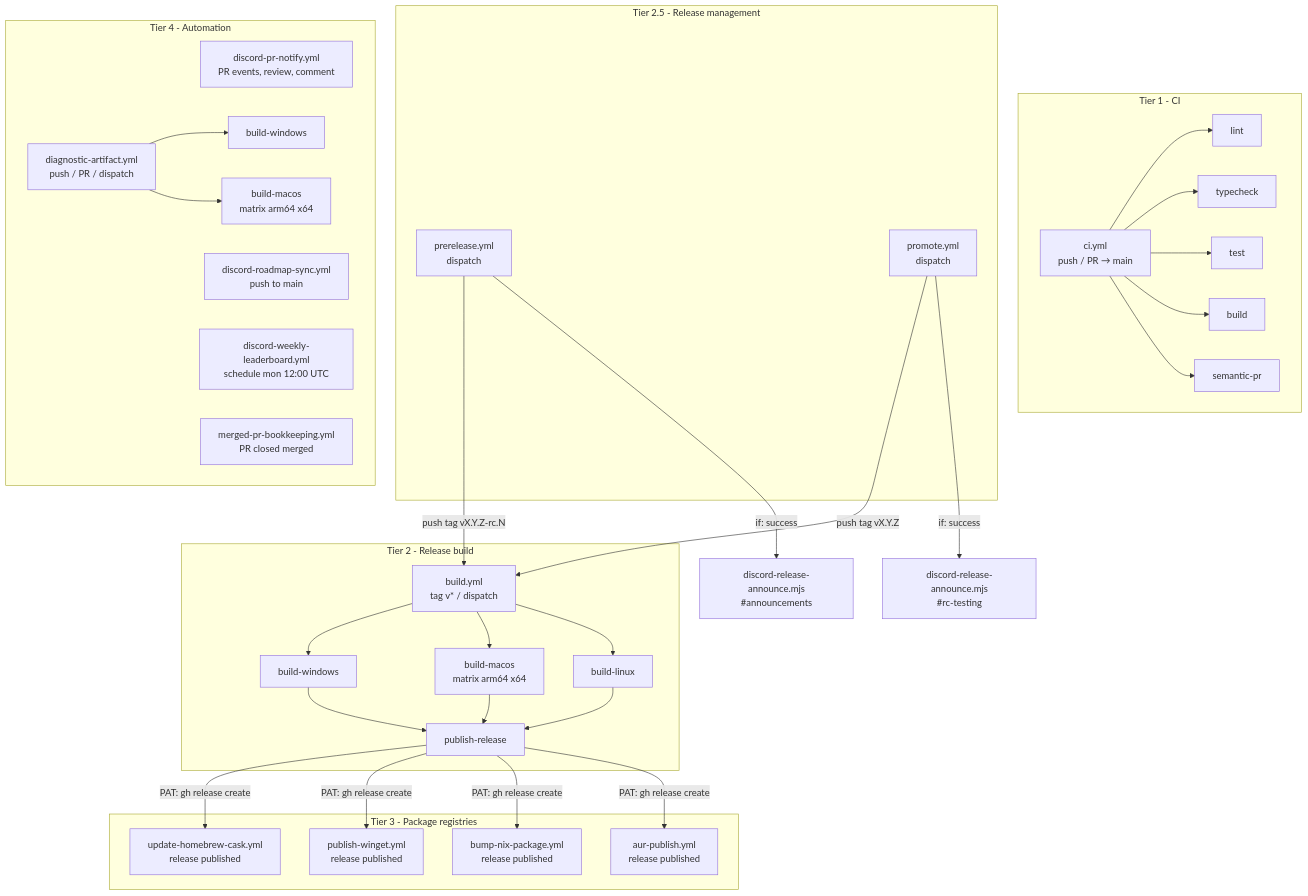
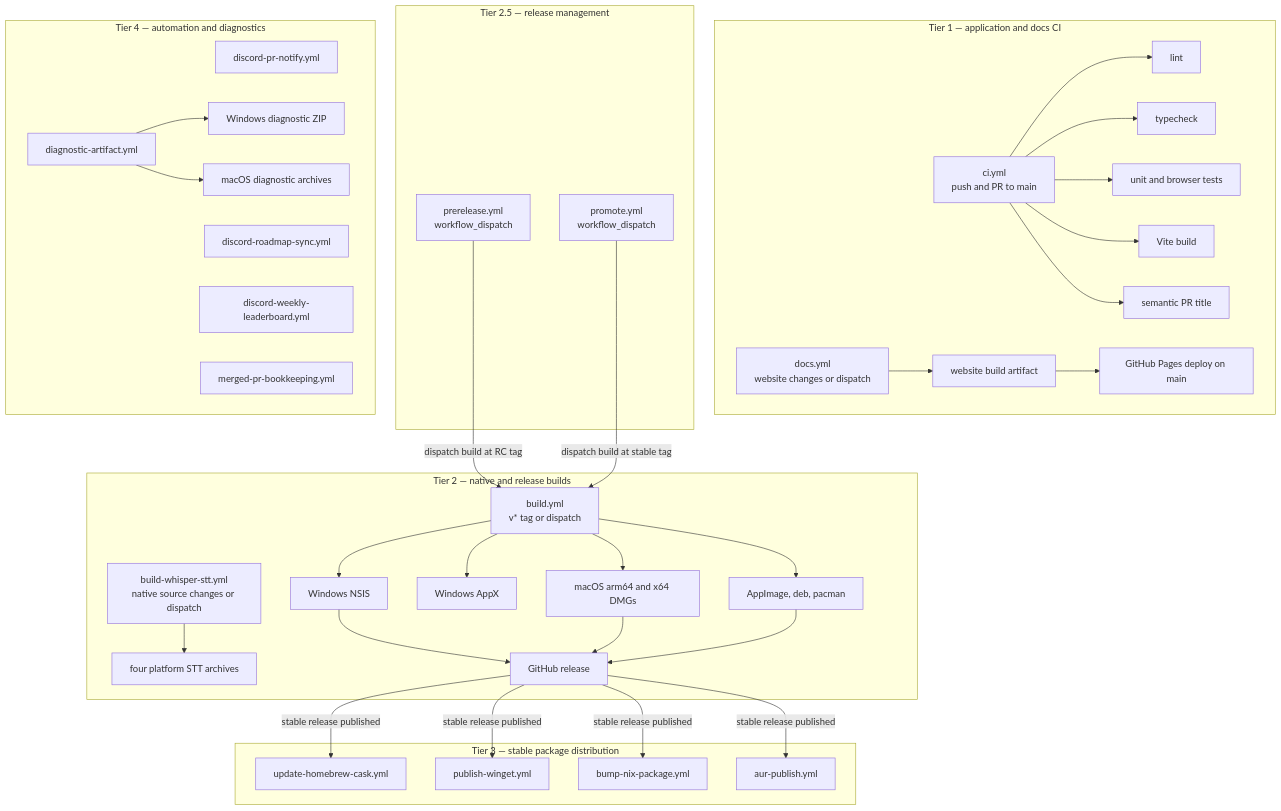
The diagram in technical-documentation/engineering/ci-workflows.md (EtienneLescot/openscreen), drawn with Mermaid before and after one commit. The commit also changed other lines of this file and 6 other files, not shown here.

First line of the commit message:
docs: the AI layer, providers, build/packaging, CI, release and test docs

````diff
--- a/technical-documentation/engineering/ci-workflows.md
+++ b/technical-documentation/engineering/ci-workflows.md
@@ -9,63 +7,49 @@
 ```mermaid
-graph TD
-    subgraph Tier 1 - CI
-        ci[ci.yml<br/>push / PR → main]
-        ci_lint[lint]
-        ci_typecheck[typecheck]
-        ci_test[test]
-        ci_build[build]
-        ci_semantic[semantic-pr]
-        ci --> ci_lint
-        ci --> ci_typecheck
-        ci --> ci_test
-        ci --> ci_build
-        ci --> ci_semantic
+flowchart TD
+    subgraph T1["Tier 1 — application and docs CI"]
+        CI["ci.yml<br/>push and PR to main"] --> Lint[lint]
+        CI --> Type[typecheck]
+        CI --> Test[unit and browser tests]
+        CI --> BuildSmoke[Vite build]
+        CI --> Semantic[semantic PR title]
+        Docs["docs.yml<br/>website changes or dispatch"] --> DocsBuild[website build artifact]
+        DocsBuild --> DocsDeploy[GitHub Pages deploy on main]
     end
 
-    subgraph Tier 2 - Release build
-        build[build.yml<br/>tag v* / dispatch]
-        build_win[build-windows]
-        build_mac[build-macos<br/>matrix arm64 x64]
-        build_linux[build-linux]
-        build_release[publish-release]
-        build --> build_win
-        build --> build_mac
-        build --> build_linux
-        build_win --> build_release
-        build_mac --> build_release
-        build_linux --> build_release
+    subgraph T2["Tier 2 — native and release builds"]
+        Whisper["build-whisper-stt.yml<br/>native source changes or dispatch"] --> WhisperArtifacts["four platform STT archives"]
+        ReleaseBuild["build.yml<br/>v* tag or dispatch"] --> Win[Windows NSIS]
+        ReleaseBuild --> Store[Windows AppX]
+        ReleaseBuild --> Mac["macOS arm64 and x64 DMGs"]
+        ReleaseBuild --> Linux["AppImage, deb, pacman"]
+        Win --> Publish[GitHub release]
+        Mac --> Publish
+        Linux --> Publish
     end
 
-    subgraph Tier 2.5 - Release management
-        prerelease[prerelease.yml<br/>dispatch]
-        promote[promote.yml<br/>dispatch]
-        prerelease -->|push tag vX.Y.Z-rc.N| build
-        promote -->|push tag vX.Y.Z| build
+    subgraph T25["Tier 2.5 — release management"]
+        RC["prerelease.yml<br/>workflow_dispatch"] -->|dispatch build at RC tag| ReleaseBuild
+        Promote["promote.yml<br/>workflow_dispatch"] -->|dispatch build at stable tag| ReleaseBuild
     end
 
-    subgraph Tier 3 - Package registries
-        homebrew[update-homebrew-cask.yml<br/>release published]
-        winget[publish-winget.yml<br/>release published]
-        nix[bump-nix-package.yml<br/>release published]
-        aur[aur-publish.yml<br/>release published]
+    subgraph T3["Tier 3 — stable package distribution"]
+        Homebrew[update-homebrew-cask.yml]
+        Winget[publish-winget.yml]
+        Nix[bump-nix-package.yml]
+        AUR[aur-publish.yml]
     end
 
-    subgraph Tier 4 - Automation
-        discord_pr[discord-pr-notify.yml<br/>PR events, review, comment]
-        discord_roadmap[discord-roadmap-sync.yml<br/>push to main]
-        discord_leaderboard[discord-weekly-leaderboard.yml<br/>schedule mon 12:00 UTC]
-        bookkeeping[merged-pr-bookkeeping.yml<br/>PR closed merged]
-        diag[diagnostic-artifact.yml<br/>push / PR / dispatch]
-        diag_win[build-windows]
-        diag_mac[build-macos<br/>matrix arm64 x64]
-        diag --> diag_win
-        diag --> diag_mac
+    Publish -->|stable release published| Homebrew
+    Publish -->|stable release published| Winget
+    Publish -->|stable release published| Nix
+    Publish -->|stable release published| AUR
+
+    subgraph T4["Tier 4 — automation and diagnostics"]
+        PRDiscord[discord-pr-notify.yml]
+        Roadmap[discord-roadmap-sync.yml]
+        Leaderboard[discord-weekly-leaderboard.yml]
+        Bookkeeping[merged-pr-bookkeeping.yml]
+        Diagnostic[diagnostic-artifact.yml] --> DiagWin[Windows diagnostic ZIP]
+        Diagnostic --> DiagMac[macOS diagnostic archives]
     end
-
-    build_release -->|PAT: gh release create| homebrew
-    build_release -->|PAT: gh release create| winget
-    build_release -->|PAT: gh release create| nix
-    build_release -->|PAT: gh release create| aur
-    promote -->|if: success| discord_announce_rc[discord-release-announce.mjs<br/>#rc-testing]
-    prerelease -->|if: success| discord_announce_stable[discord-release-announce.mjs<br/>#announcements]
 ```
````
